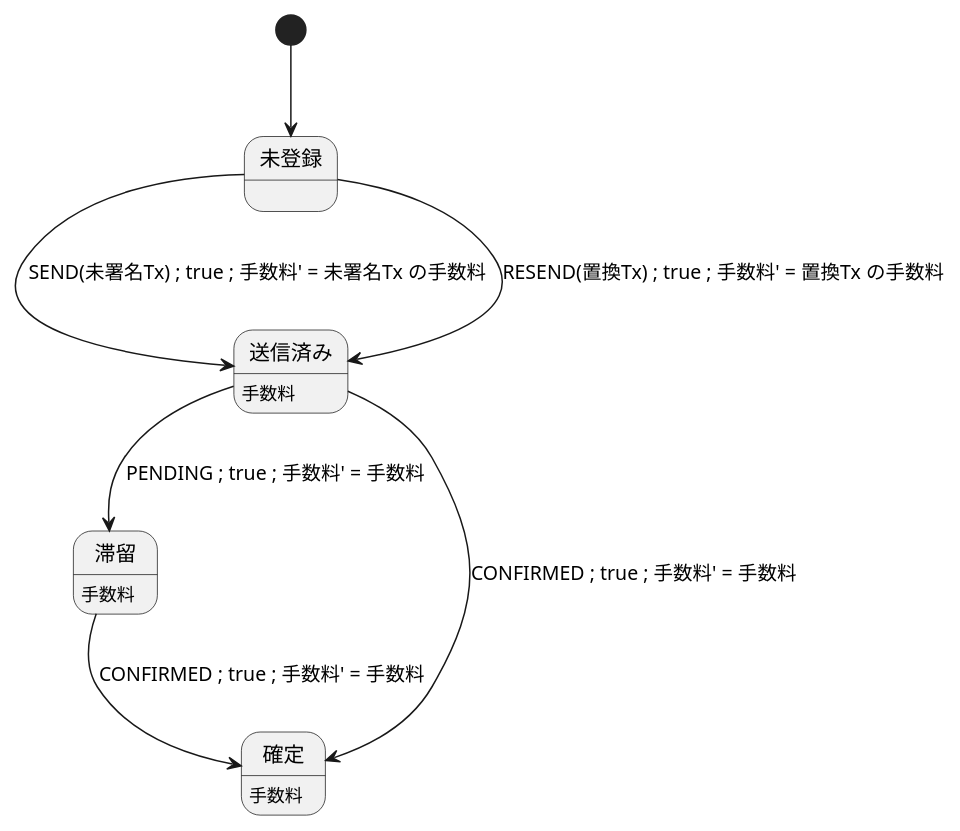
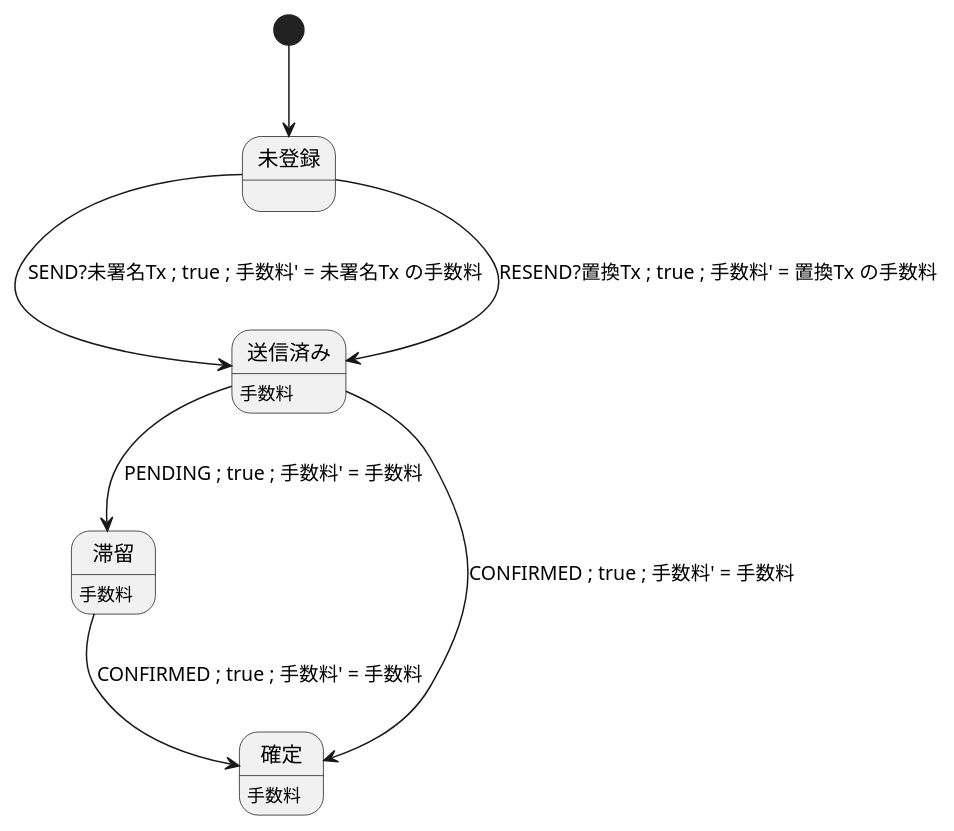
The diagram in examples/promote/local/ATTEMPT.puml (Kuniwak/puml-parallel), drawn with PlantUML before and after one commit. The commit also changed 86 other files, not shown here.

```diff
--- a/examples/promote/local/ATTEMPT.puml
+++ b/examples/promote/local/ATTEMPT.puml
@@ -1,20 +1,20 @@
 @startuml ATTEMPT
 ' One transaction attempt. A stuck attempt is replaced by a new one that pays a
 ' higher fee, so the family can grow without bound; whether it stops is not a
 ' property of any one step, which is why the global diagram states it as an
 ' assumption rather than a constrain.
 state "未登録" as attNone
 state "送信済み" as attSent
 attSent : 手数料
 state "滞留" as attStuck
 attStuck : 手数料
 state "確定" as attConfirmed
 attConfirmed : 手数料
 
 [*] --> attNone
-attNone --> attSent : SEND(未署名Tx) ; true ; 手数料' = 未署名Tx の手数料
-attNone --> attSent : RESEND(置換Tx) ; true ; 手数料' = 置換Tx の手数料
+attNone --> attSent : SEND?未署名Tx ; true ; 手数料' = 未署名Tx の手数料
+attNone --> attSent : RESEND?置換Tx ; true ; 手数料' = 置換Tx の手数料
 attSent --> attStuck : PENDING ; true ; 手数料' = 手数料
 attSent --> attConfirmed : CONFIRMED ; true ; 手数料' = 手数料
 attStuck --> attConfirmed : CONFIRMED ; true ; 手数料' = 手数料
 @enduml
```
